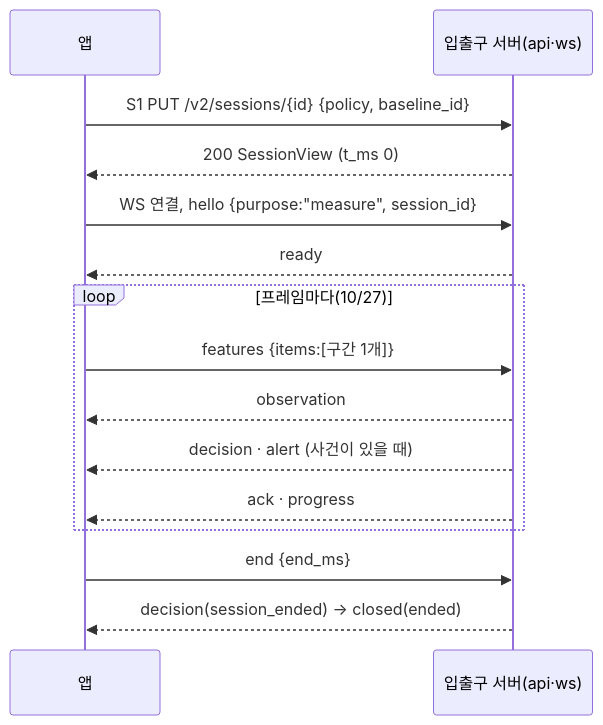
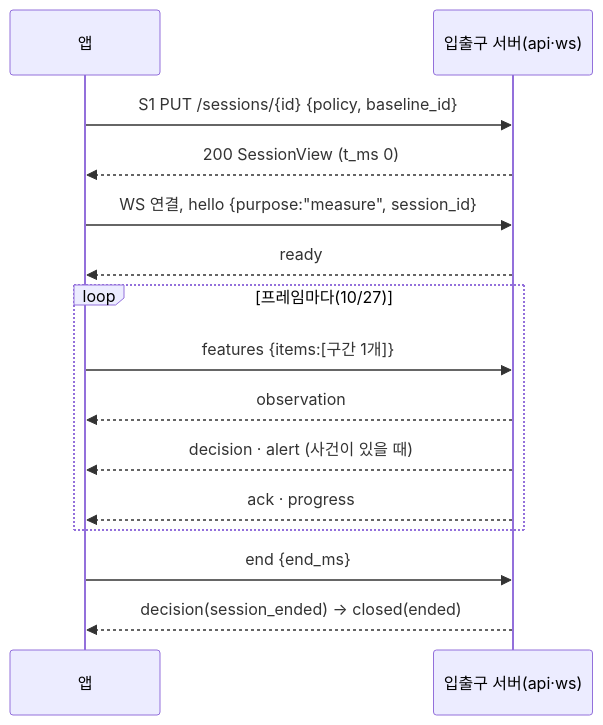
Before and after one commit to Jeon-Seho/sitting-posture-corrector: the diagram in docs/design/api-ws-spec.md, drawn with Mermaid. The commit also changed other lines of this file and 87 other files, not shown here.

````diff
--- a/docs/design/api-ws-spec.md
+++ b/docs/design/api-ws-spec.md
@@ -244,17 +244,17 @@
 ```mermaid
 sequenceDiagram
   participant A as 앱
   participant S as 입출구 서버(api·ws)
-  A->>S: S1 PUT /v2/sessions/{id} {policy, baseline_id}
+  A->>S: S1 PUT /sessions/{id} {policy, baseline_id}
   S-->>A: 200 SessionView (t_ms 0)
   A->>S: WS 연결, hello {purpose:"measure", session_id}
   S-->>A: ready
   loop 프레임마다(10/27)
     A->>S: features {items:[구간 1개]}
     S-->>A: observation
     S-->>A: decision · alert (사건이 있을 때)
     S-->>A: ack · progress
   end
   A->>S: end {end_ms}
   S-->>A: decision(session_ended) → closed(ended)
 ```
````
